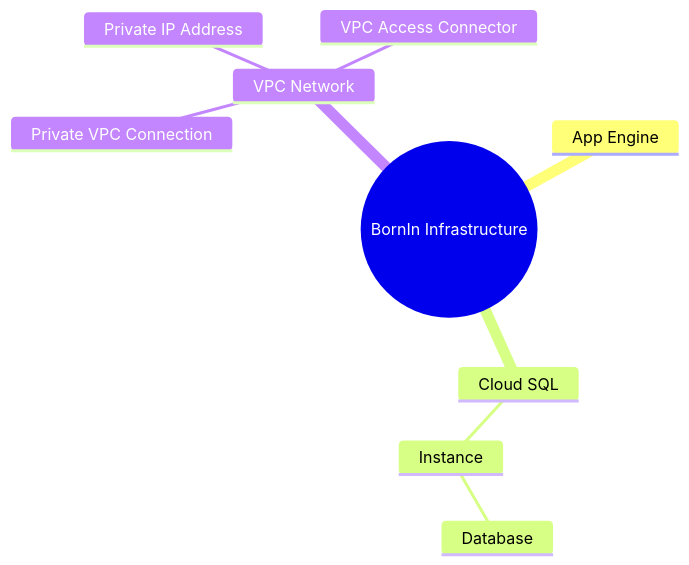
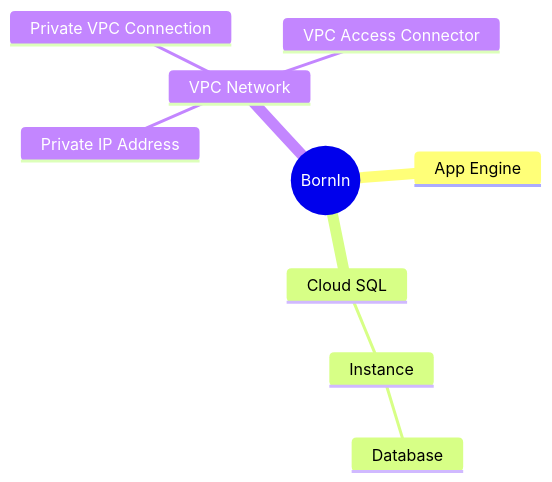
One commit to exosolarplanet/terraform-config changed the diagram in README.md. Above: the diagram before and after it, drawn with Mermaid. The commit also changed other lines of this file and 1 other file, not shown here.

````diff
--- a/README.md
+++ b/README.md
@@ -5,13 +5,13 @@
 ```mermaid
 mindmap
-    root((BornIn Infrastructure))
+    root((BornIn))
         App Engine
         Cloud SQL
             Instance
                 Database
         VPC Network
             Private IP Address
             Private VPC Connection
             VPC Access Connector
 
 ```
````
